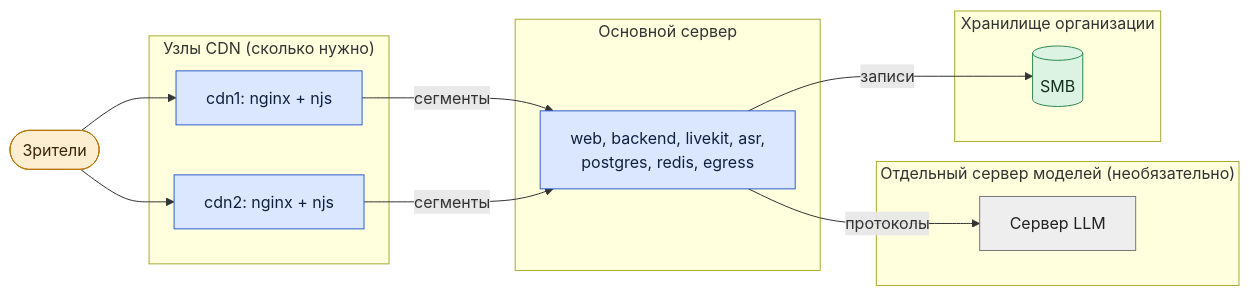
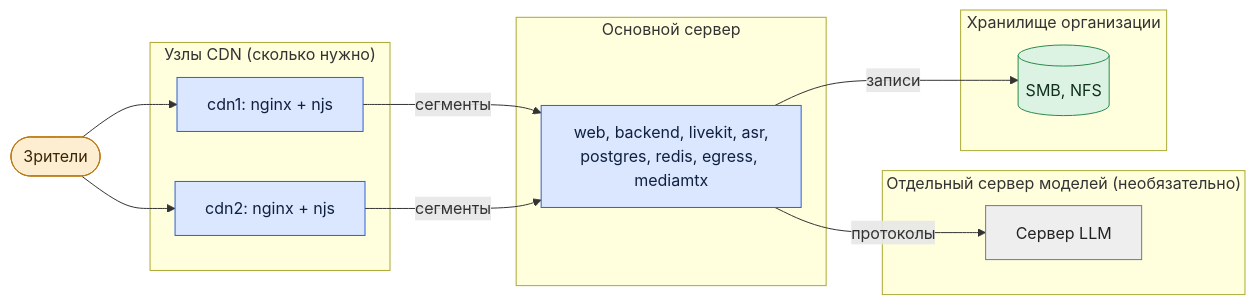
The third of 3 diagrams in wiki/Архитектура-Развёртывание.md (calleograph/peregovorka), drawn with Mermaid before and after one commit. The commit also changed other lines of this file and 322 other files, not shown here.

````diff
--- a/wiki/Архитектура-Развёртывание.md
+++ b/wiki/Архитектура-Развёртывание.md
@@ -100,24 +147,24 @@
 ```mermaid
 flowchart LR
   subgraph S1["Основной сервер"]
-    M["web, backend, livekit, asr,<br/>postgres, redis, egress"]:::own
+    M["web, backend, livekit, asr,<br/>postgres, redis, egress, mediamtx"]:::own
   end
   subgraph S2["Отдельный сервер моделей (необязательно)"]
     L["Сервер LLM"]:::ext
   end
   subgraph S3["Хранилище организации"]
-    NAS[("SMB")]:::data
+    NAS[("SMB, NFS")]:::data
   end
   subgraph S4["Узлы CDN (сколько нужно)"]
     C1["cdn1: nginx + njs"]:::own
     C2["cdn2: nginx + njs"]:::own
   end
   V(["Зрители"]):::person --> C1 & C2
   C1 & C2 -->|"сегменты"| M
   M -->|"протоколы"| L
   M -->|"записи"| NAS
   classDef own fill:#dbe7ff,stroke:#2f5fd0,color:#10203f
   classDef data fill:#dcf3e3,stroke:#2b8a4e,color:#10301c
   classDef ext fill:#eee,stroke:#777,color:#222
   classDef person fill:#fdeed2,stroke:#b9770e,color:#3a2606
 ```
````
